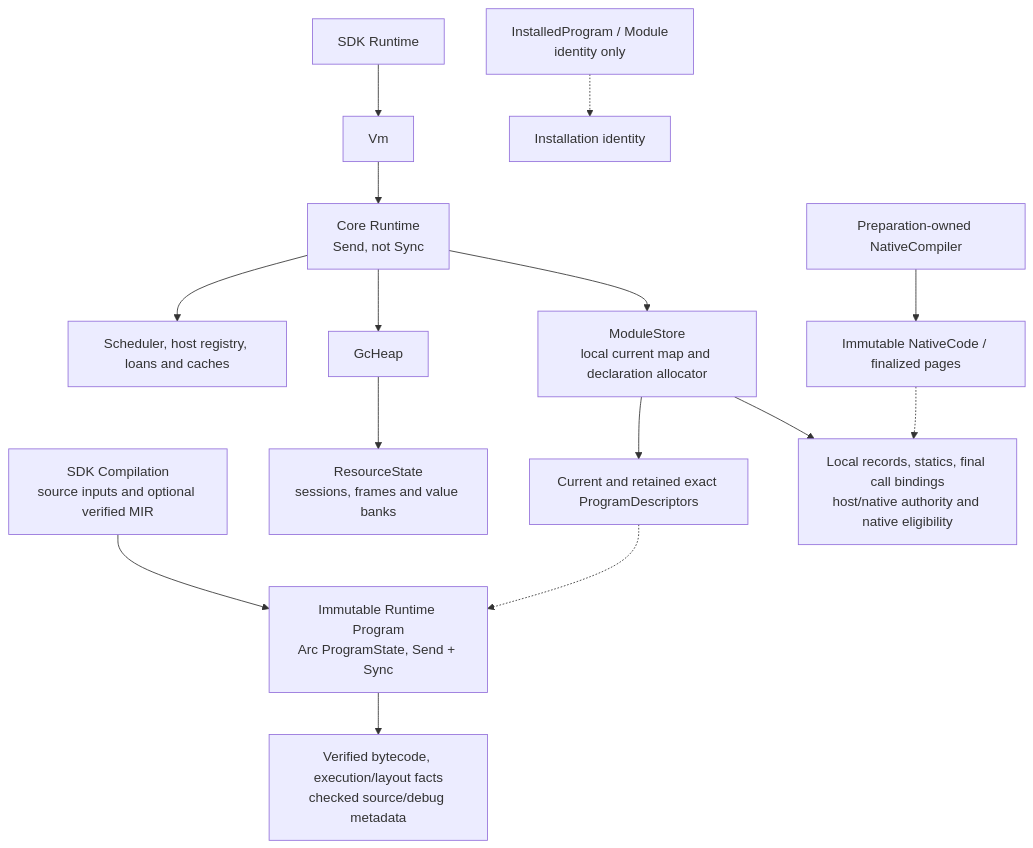
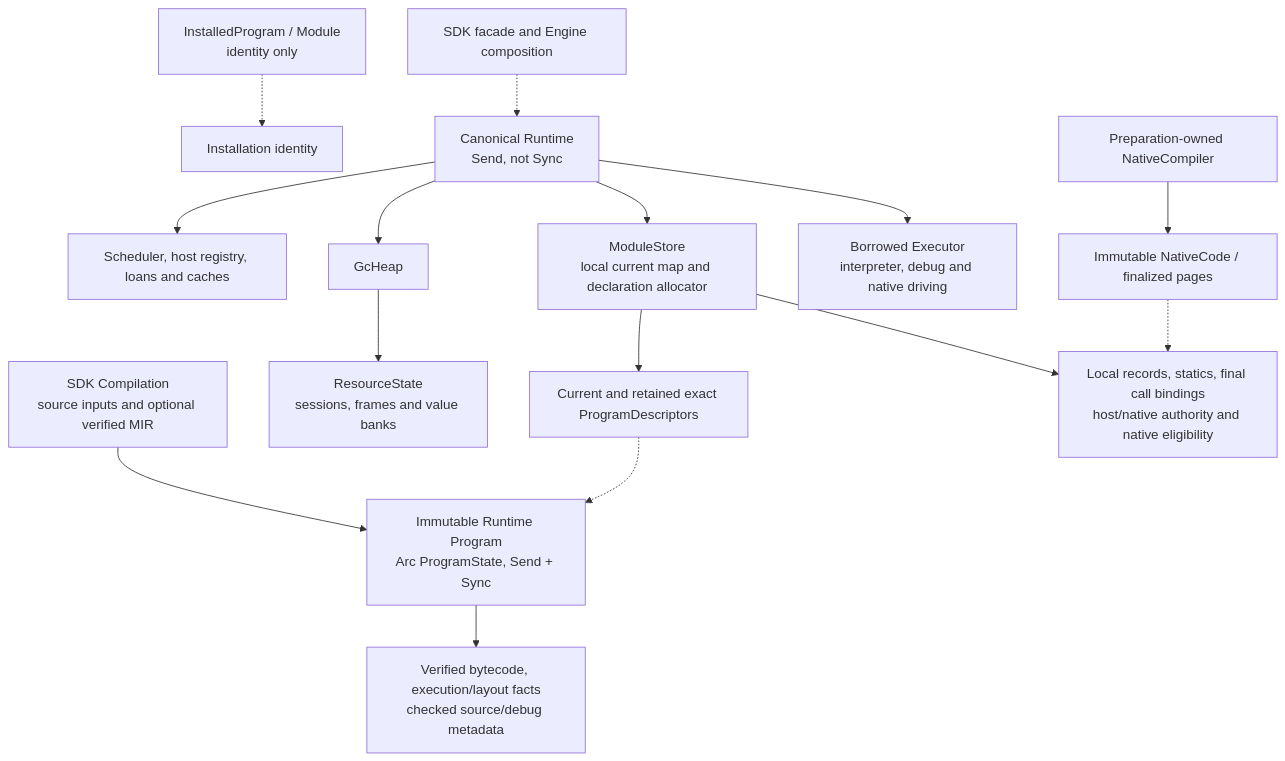
Before and after one commit to kagari-lang/kagari: the first of 3 diagrams in docs/architecture/runtime.md, drawn with Mermaid. The commit also changed other lines of this file and 29 other files, not shown here.

````diff
--- a/docs/architecture/runtime.md
+++ b/docs/architecture/runtime.md
@@ -21,16 +21,16 @@
 ```mermaid
 flowchart TD
     PREP["SDK Compilation<br/>source inputs and optional verified MIR"] --> PRODUCT["Immutable Runtime Program<br/>Arc ProgramState, Send + Sync"] --> CODE["Verified bytecode, execution/layout facts<br/>checked source/debug metadata"]
-    SDK["SDK Runtime"] --> VM["Vm"]
-    VM --> RT["Core Runtime<br/>Send, not Sync"]
+    SDK["SDK facade and Engine composition"] -.-> RT["Canonical Runtime<br/>Send, not Sync"]
+    RT --> EXEC["Borrowed Executor<br/>interpreter, debug and native driving"]
     RT --> STORE["ModuleStore<br/>local current map and declaration allocator"]
     STORE --> RECORD["Local records, statics, final call bindings<br/>host/native authority and native eligibility"]
     STORE --> DESC["Current and retained exact ProgramDescriptors"]
     DESC -.-> PRODUCT
     HANDLE["InstalledProgram / Module<br/>identity only"] -.-> ID["Installation identity"]
     RT --> GC["GcHeap"]
     GC --> RESOURCE["ResourceState<br/>sessions, frames and value banks"]
     RT --> SERVICE["Scheduler, host registry, loans and caches"]
     COMPILER["Preparation-owned NativeCompiler"] --> PAGES["Immutable NativeCode / finalized pages"]
     PAGES -.-> RECORD
 ```
````
